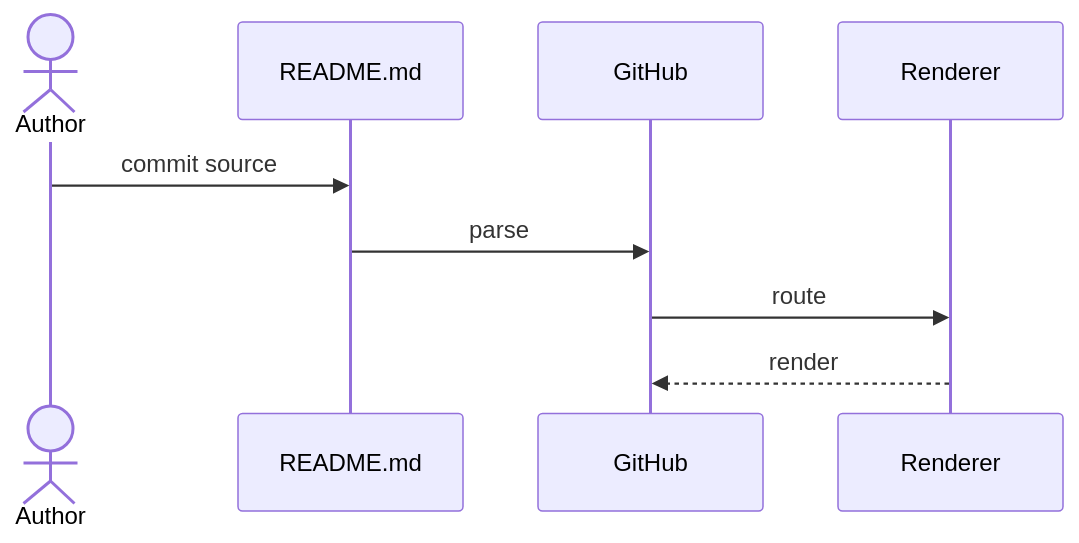
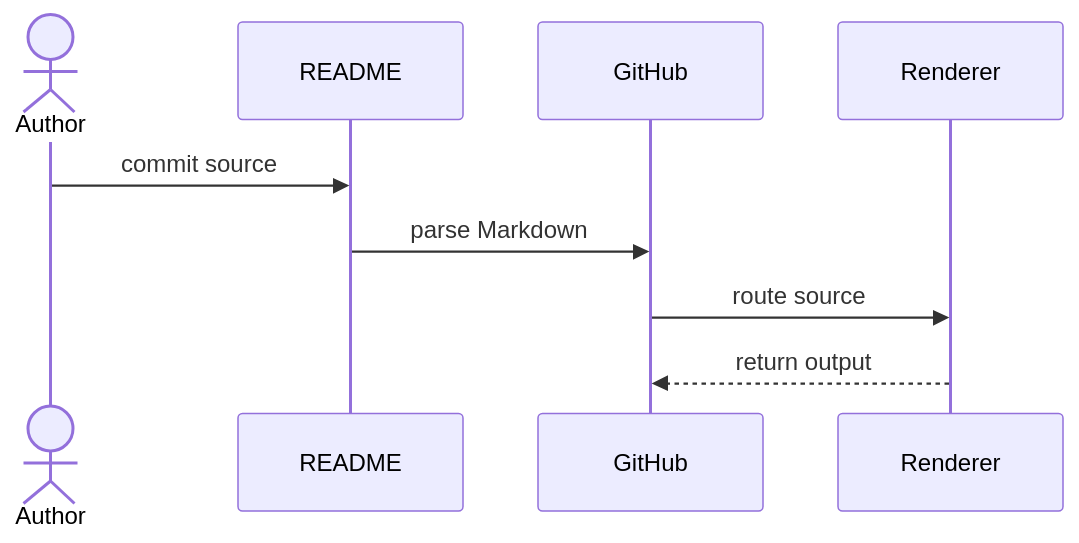
Before and after one commit to thiepn/markdown: the third of 5 diagrams in README.md, drawn with Mermaid. The commit also changed other lines of this file, not shown here.

````diff
--- a/README.md
+++ b/README.md
@@ -612,11 +585,11 @@
 ```mermaid
 sequenceDiagram
     actor Author
-    participant MD as README.md
+    participant MD as README
     participant GH as GitHub
     participant R as Renderer
     Author->>MD: commit source
-    MD->>GH: parse
-    GH->>R: route
-    R-->>GH: render
+    MD->>GH: parse Markdown
+    GH->>R: route source
+    R-->>GH: return output
 ```
````
